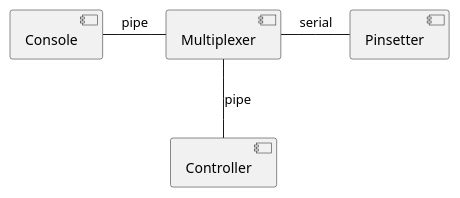
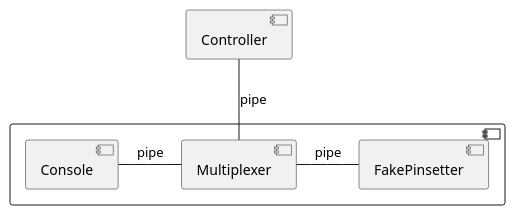
One commit to java-to-kotlin/kotlin-tdd-workshop changed the first of 4 diagrams in docs/protocols.md. Above: the diagram before and after it, drawn with PlantUML. The commit also changed other lines of this file and 1 other file, not shown here.

````diff
--- a/docs/protocols.md
+++ b/docs/protocols.md
@@ -5,15 +7,15 @@
 ```plantuml
 @startuml
-
-component Console
-component Multiplexer
-component Pinsetter
-
-Console - Multiplexer : pipe
-Multiplexer - Pinsetter : serial
+component {
+    component Console
+    component Multiplexer
+    component FakePinsetter
+    
+    Console - Multiplexer : pipe
+    Multiplexer - FakePinsetter : pipe
+}
 
 component Controller
-Multiplexer -- Controller : pipe
-
+Controller -- Multiplexer : pipe
 @enduml
 ```
````
